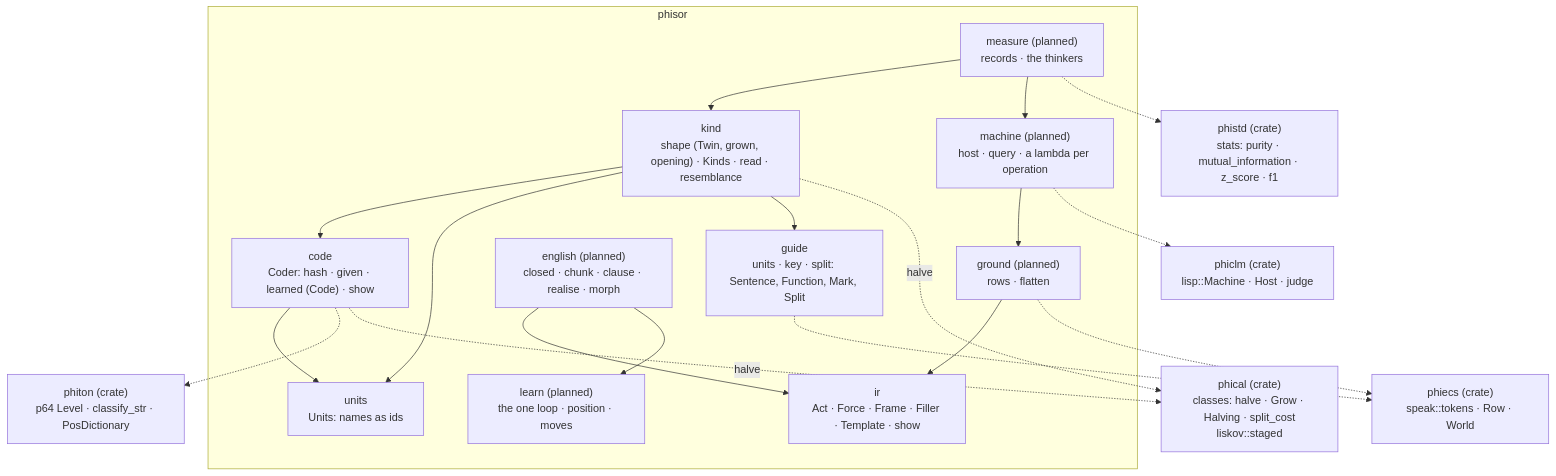
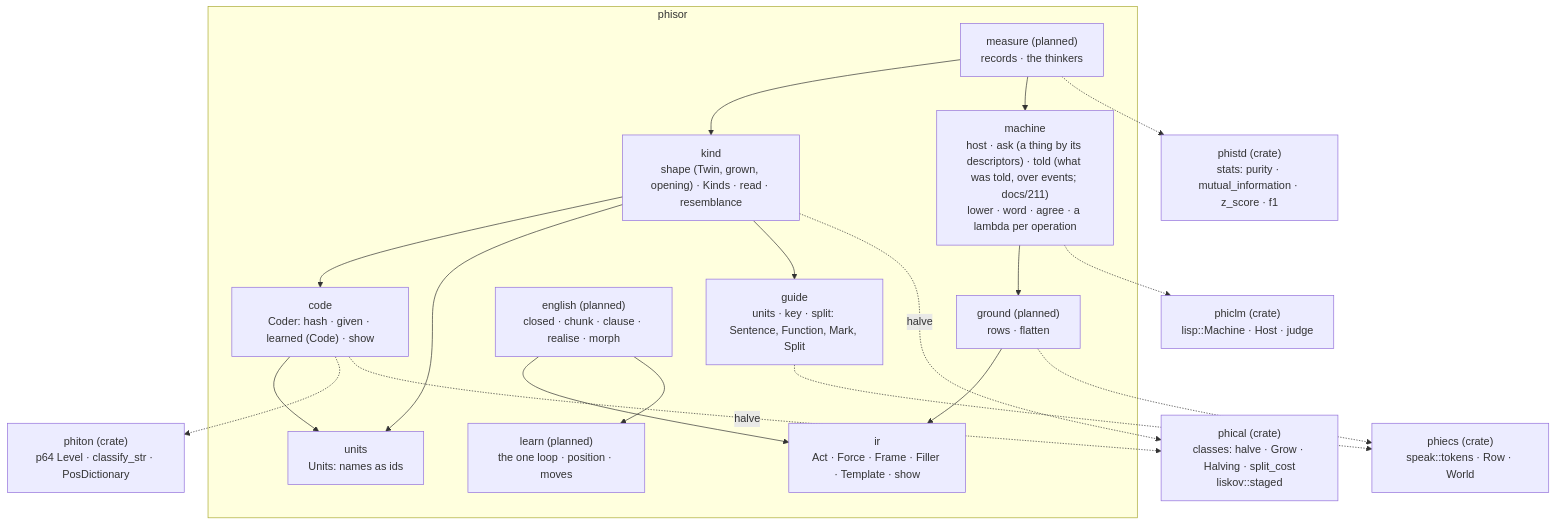
The first of 3 diagrams in crates/phisor/ARCHITECTURE.md (gemphi/phinet), drawn with Mermaid before and after one commit. The commit also changed 9 other files, not shown here.

````diff
--- a/crates/phisor/ARCHITECTURE.md
+++ b/crates/phisor/ARCHITECTURE.md
@@ -5,37 +5,37 @@
 ```mermaid
 graph TB
     subgraph crate["phisor"]
         ir["ir<br/>Act · Force · Frame · Filler · Template · show"]
         guide["guide<br/>units · key · split: Sentence, Function, Mark, Split"]
         code["code<br/>Coder: hash · given · learned (Code) · show"]
         kind["kind<br/>shape (Twin, grown, opening) · Kinds · read · resemblance"]
         units["units<br/>Units: names as ids"]
         english["english (planned)<br/>closed · chunk · clause · realise · morph"]
         learn["learn (planned)<br/>the one loop · position · moves"]
         ground["ground (planned)<br/>rows · flatten"]
-        machine["machine (planned)<br/>host · query · a lambda per operation"]
+        machine["machine<br/>host · ask (a thing by its descriptors) · told (what was told, over events; docs/211)<br/>lower · word · agree · a lambda per operation"]
         measure["measure (planned)<br/>records · the thinkers"]
     end
     code --> units
     kind --> code
     kind --> units
     kind --> guide
     english --> ir
     english --> learn
     ground --> ir
     machine --> ground
     measure --> kind
     measure --> machine
     X_phiton["phiton (crate)<br/>p64 Level · classify_str · PosDictionary"]
     X_phical["phical (crate)<br/>classes: halve · Grow · Halving · split_cost<br/>liskov::staged"]
     X_phistd["phistd (crate)<br/>stats: purity · mutual_information · z_score · f1"]
     X_phiecs["phiecs (crate)<br/>speak::tokens · Row · World"]
     X_phiclm["phiclm (crate)<br/>lisp::Machine · Host · judge"]
     code -.-> X_phiton
     code -.->|"halve"| X_phical
     kind -.->|"halve"| X_phical
     guide -.-> X_phiecs
     ground -.-> X_phiecs
     machine -.-> X_phiclm
     measure -.-> X_phistd
 ```
````
